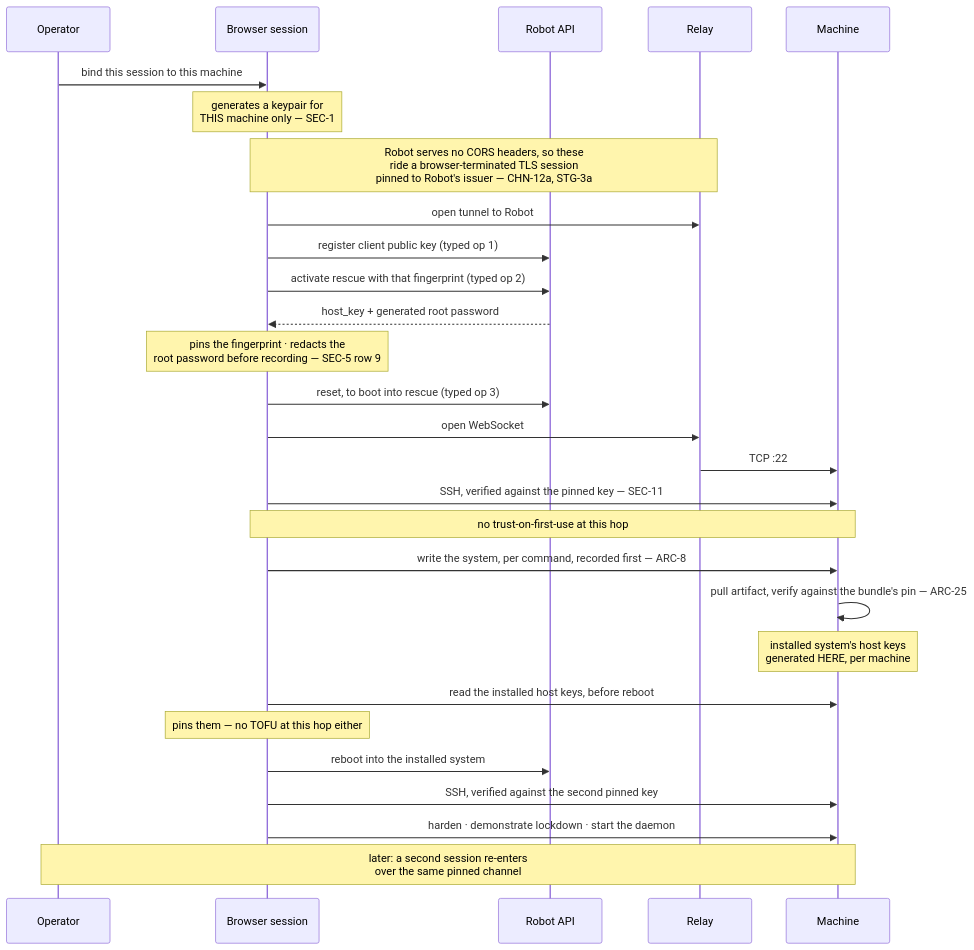
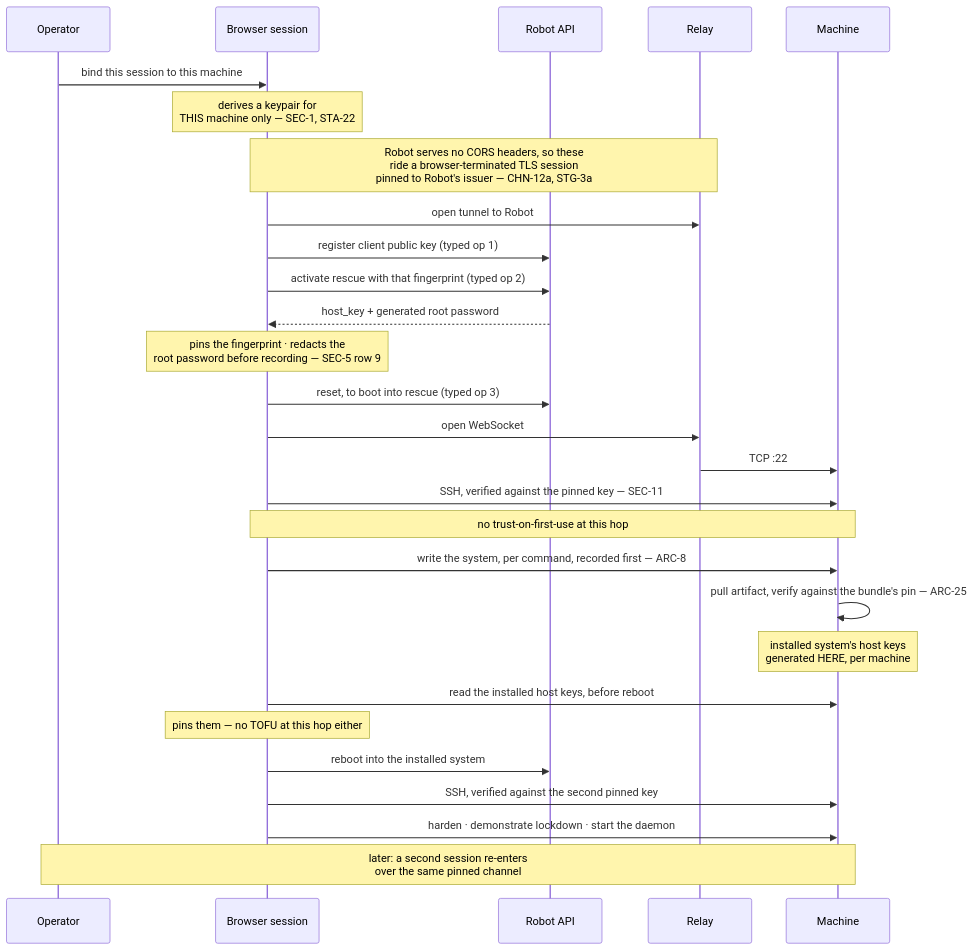
The diagram in 06-first-stage.md (douglaz/tau-web-spec), drawn with Mermaid before and after one commit. The commit also changed 15 other files, not shown here.

````diff
--- a/06-first-stage.md
+++ b/06-first-stage.md
@@ -48,31 +48,31 @@
 ```mermaid
 sequenceDiagram
     participant OP as Operator
     participant B as Browser session
     participant RB as Robot API
     participant RL as Relay
     participant M as Machine
 
     OP->>B: bind this session to this machine
-    Note over B: generates a keypair for<br/>THIS machine only — SEC-1
+    Note over B: derives a keypair for<br/>THIS machine only — SEC-1, STA-22
     Note over B,RL: Robot serves no CORS headers, so these<br/>ride a browser-terminated TLS session<br/>pinned to Robot's issuer — CHN-12a, STG-3a
     B->>RL: open tunnel to Robot
     B->>RB: register client public key (typed op 1)
     B->>RB: activate rescue with that fingerprint (typed op 2)
     RB-->>B: host_key + generated root password
     Note over B: pins the fingerprint · redacts the<br/>root password before recording — SEC-5 row 9
     B->>RB: reset, to boot into rescue (typed op 3)
     B->>RL: open WebSocket
     RL->>M: TCP :22
     B->>M: SSH, verified against the pinned key — SEC-11
     Note over B,M: no trust-on-first-use at this hop
     B->>M: write the system, per command, recorded first — ARC-8
     M->>M: pull artifact, verify against the bundle's pin — ARC-25
     Note over M: installed system's host keys<br/>generated HERE, per machine
     B->>M: read the installed host keys, before reboot
     Note over B: pins them — no TOFU at this hop either
     B->>RB: reboot into the installed system
     B->>M: SSH, verified against the second pinned key
     B->>M: harden · demonstrate lockdown · start the daemon
     Note over OP,M: later: a second session re-enters<br/>over the same pinned channel
 ```
````
